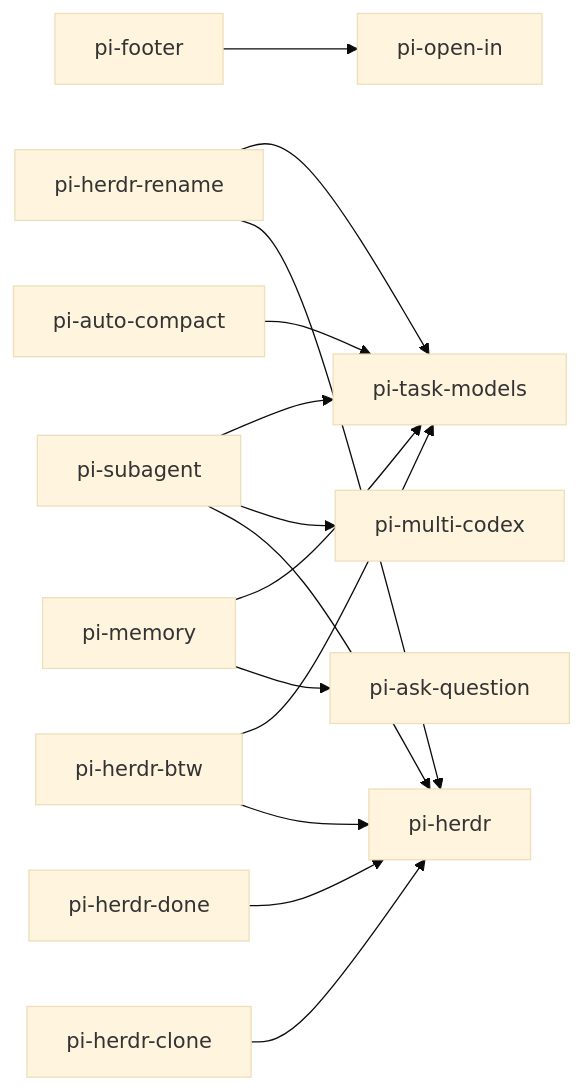
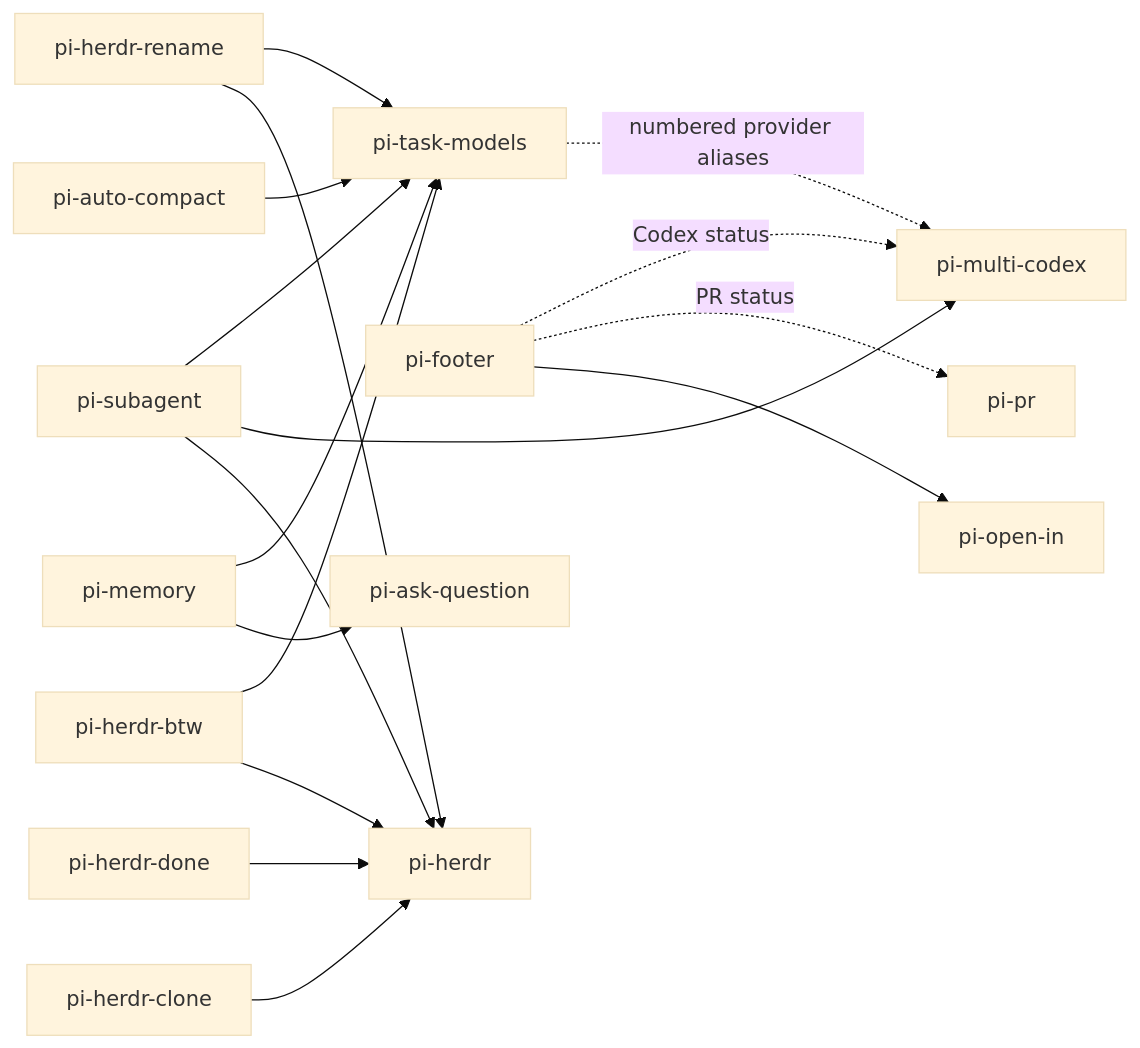
One commit to HenryQW/pi-harness changed the diagram in README.md. Above: the diagram before and after it, drawn with Mermaid (base theme). The commit also changed other lines of this file, not shown here.

````diff
--- a/README.md
+++ b/README.md
@@ -34,16 +34,20 @@
 ```mermaid
 flowchart LR
   autoCompact["pi-auto-compact"] --> taskModels["pi-task-models"]
   footer["pi-footer"] --> openIn["pi-open-in"]
   herdrBtw["pi-herdr-btw"] --> herdr["pi-herdr"]
   herdrBtw --> taskModels
   herdrClone["pi-herdr-clone"] --> herdr
   herdrDone["pi-herdr-done"] --> herdr
   herdrRename["pi-herdr-rename"] --> herdr
   herdrRename --> taskModels
   memory["pi-memory"] --> askQuestion["pi-ask-question"]
   memory --> taskModels
   subagent["pi-subagent"] --> herdr
   subagent --> multiCodex["pi-multi-codex"]
   subagent --> taskModels
+
+  footer -.->|PR status| pr["pi-pr"]
+  footer -.->|Codex status| multiCodex
+  taskModels -.->|numbered provider aliases| multiCodex
 ```
````
